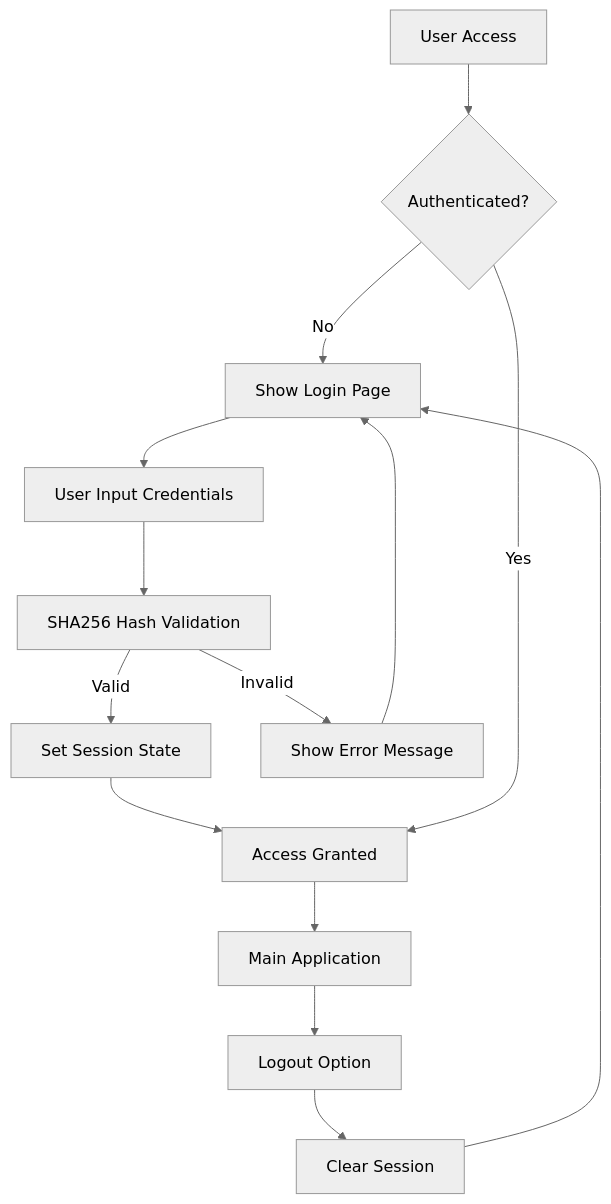
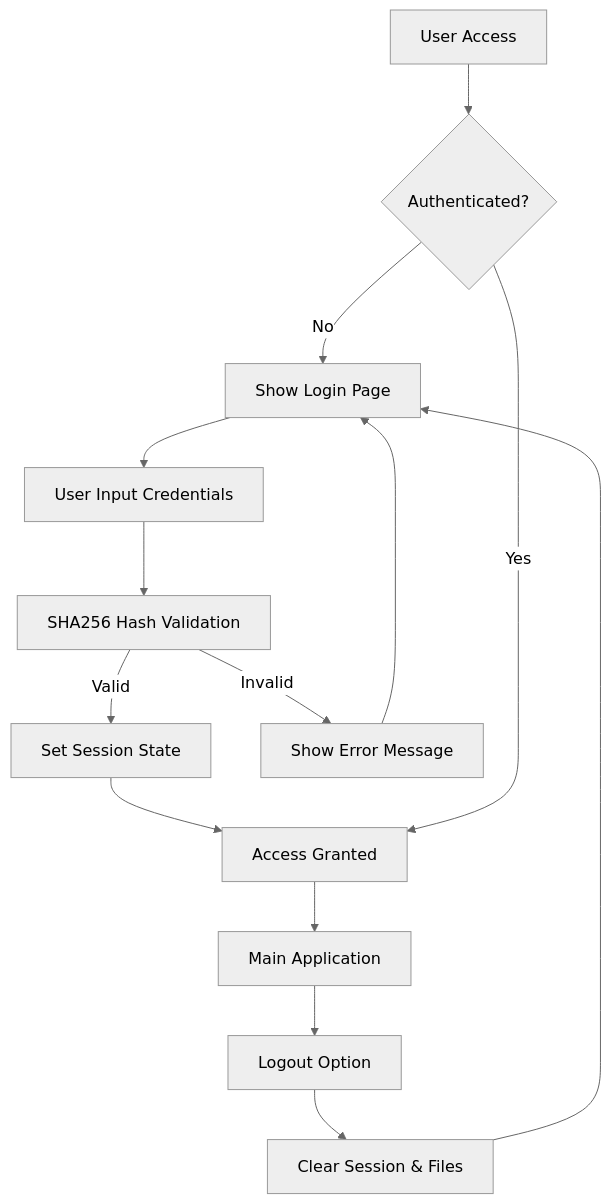
Before and after one commit to gostnort/FlightCheckPy: the first of 3 diagrams in resources/requirement_details.md, drawn with Mermaid (neutral theme). The commit also changed other lines of this file and 3 other files, not shown here.

````diff
--- a/resources/requirement_details.md
+++ b/resources/requirement_details.md
@@ -22,16 +22,16 @@
 ```mermaid
 graph TD
     A[User Access] --> B{Authenticated?}
     B -->|No| C[Show Login Page]
     C --> D[User Input Credentials]
     D --> E[SHA256 Hash Validation]
     E -->|Valid| F[Set Session State]
     E -->|Invalid| G[Show Error Message]
     F --> H[Access Granted]
     G --> C
     B -->|Yes| H
     H --> I[Main Application]
     I --> J[Logout Option]
-    J --> K[Clear Session]
+    J --> K[Clear Session & Files]
     K --> C
 ```
````
